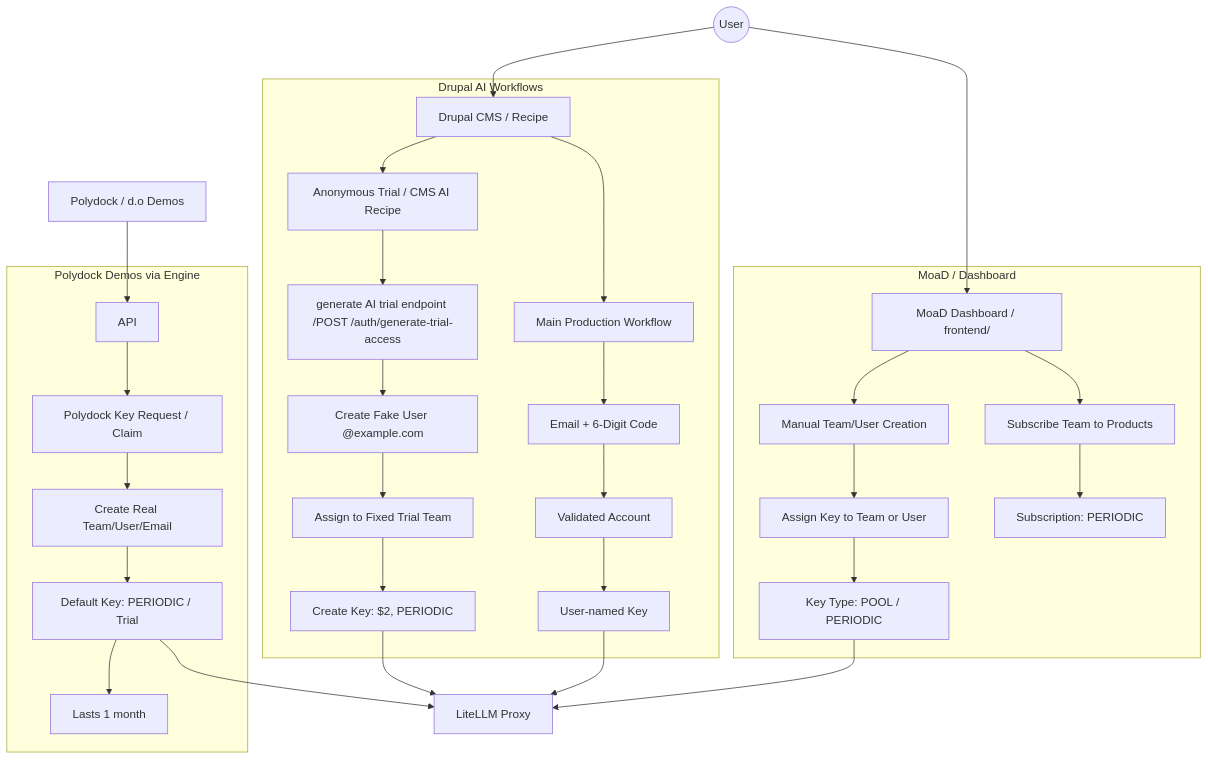
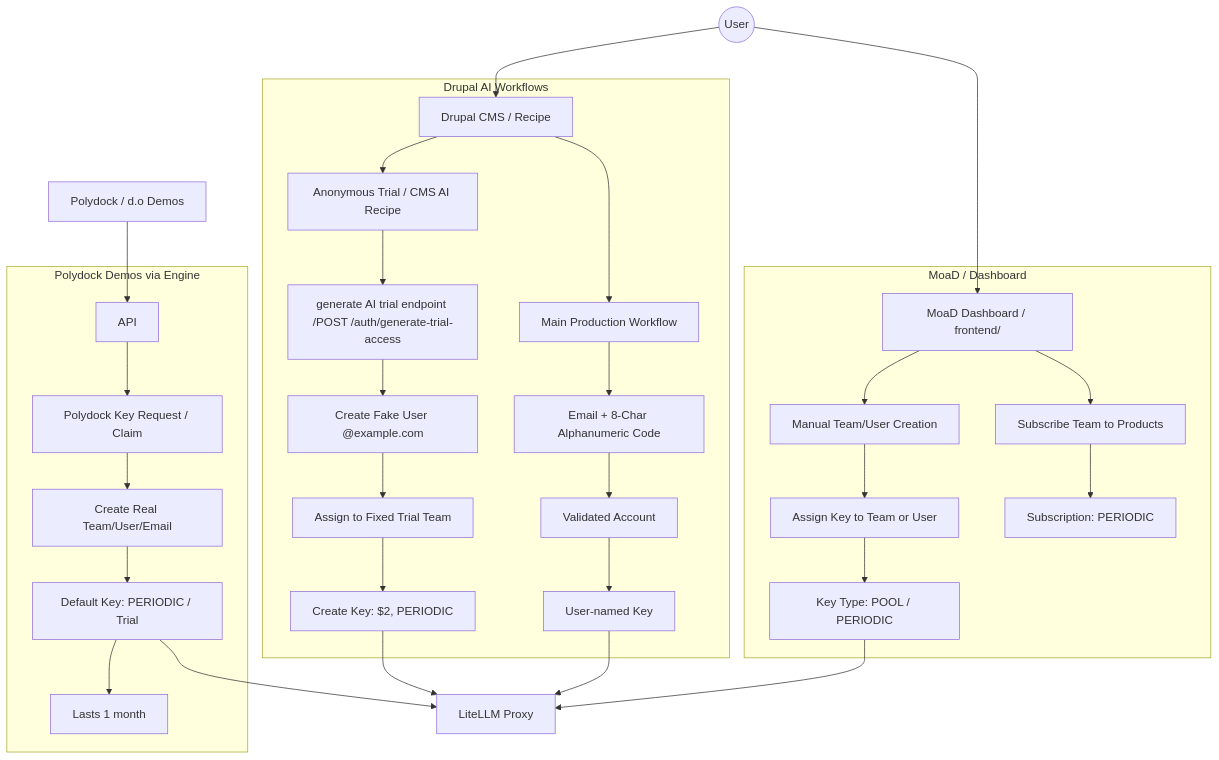
Before and after one commit to amazeeio/amazee.ai: the diagram in docs/diagrams/workflows.md, drawn with Mermaid.

````diff
--- a/docs/diagrams/workflows.md
+++ b/docs/diagrams/workflows.md
@@ -3,45 +3,45 @@
 ```mermaid
 graph TD
     %% Entry Points
     User((User)) --> Drupal[Drupal CMS / Recipe]
     User --> Dashboard[MoaD Dashboard / frontend/]
     Polydock[Polydock / d.o Demos] --> API
 
     %% Drupal Workflows
     subgraph Drupal_Workflows [Drupal AI Workflows]
         Drupal --> Trial[Anonymous Trial / CMS AI Recipe]
         Drupal --> MainProd[Main Production Workflow]
         
         Trial --> GenTrialAPI[generate AI trial endpoint /POST /auth/generate-trial-access]
         GenTrialAPI --> TrialUser[Create Fake User @example.com]
         TrialUser --> TrialTeam[Assign to Fixed Trial Team]
         TrialTeam --> TrialKey[Create Key: $2, PERIODIC]
         
-        MainProd --> EmailVal[Email + 6-Digit Code]
+        MainProd --> EmailVal[Email + 8-Char Alphanumeric Code]
         EmailVal --> LinkedAccount[Validated Account]
         LinkedAccount --> CustomKey[User-named Key]
     end
 
     %% Polydock Workflow
     subgraph Polydock_Workflow [Polydock Demos via Engine]
         API --> PolyReq[Polydock Key Request / Claim]
         PolyReq --> RealEntity[Create Real Team/User/Email]
         RealEntity --> DefaultKey[Default Key: PERIODIC / Trial]
         DefaultKey --> LifeSpan[Lasts 1 month]
     end
 
     %% MoaD Dashboard
     subgraph Dashboard_Operations [MoaD / Dashboard]
         Dashboard --> ManCreate[Manual Team/User Creation]
         Dashboard --> Subscribe[Subscribe Team to Products]
         ManCreate --> AssignKey[Assign Key to Team or User]
         AssignKey --> PoolKey[Key Type: POOL / PERIODIC]
         Subscribe --> SubscriptionLogic[Subscription: PERIODIC]
     end
 
     %% Core Data
     TrialKey --> LiteLLM[LiteLLM Proxy]
     CustomKey --> LiteLLM
     DefaultKey --> LiteLLM
     PoolKey --> LiteLLM
 ```
````
